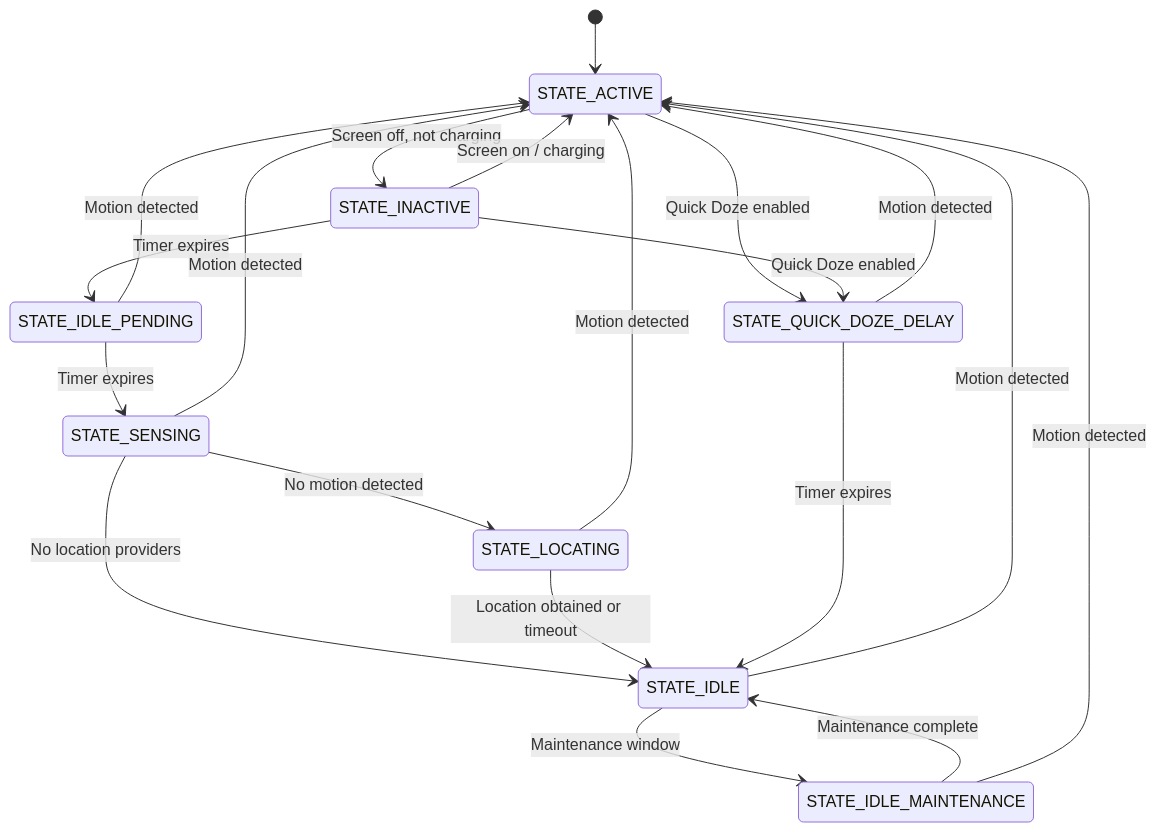
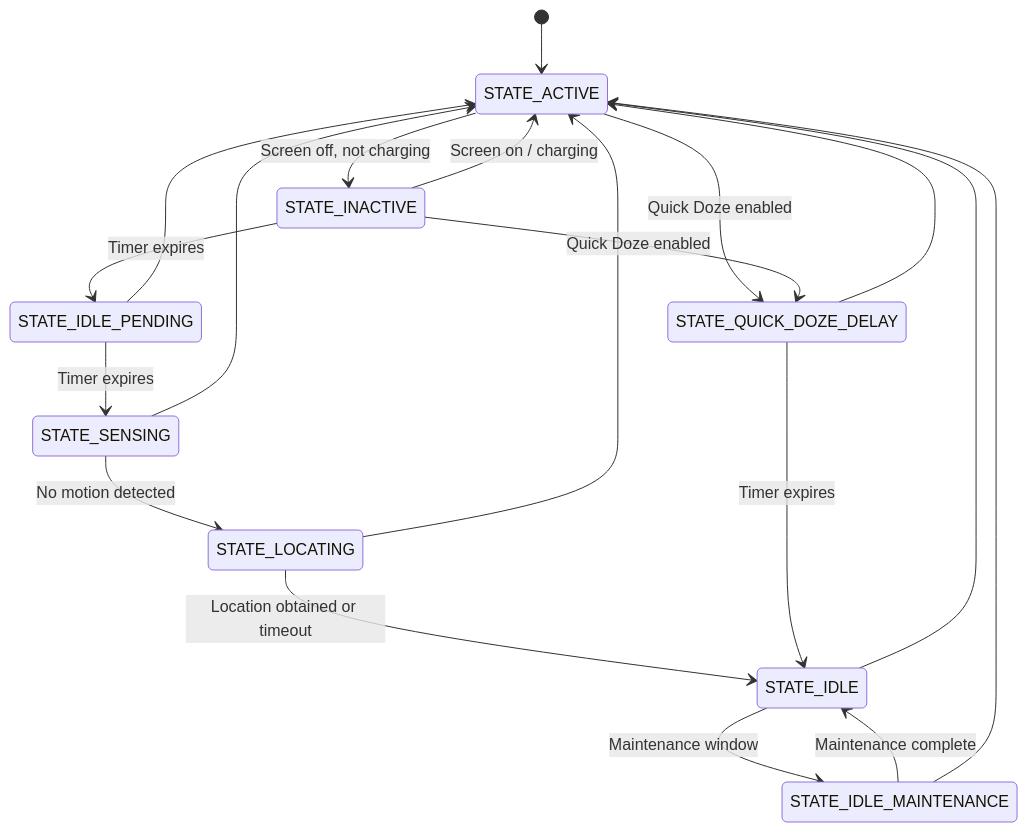
One commit to aospbooks/aosp-internal-book changed the eighth of 28 diagrams in agents/claude/skills/aosp-framework-services/29-power-management.md. Above: the diagram before and after it, drawn with Mermaid. The commit also changed other lines of this file and 218 other files, not shown here.

````diff
--- a/agents/claude/skills/aosp-framework-services/29-power-management.md
+++ b/agents/claude/skills/aosp-framework-services/29-power-management.md
@@ -1214,29 +1235,28 @@
 ```mermaid
 stateDiagram-v2
     [*] --> STATE_ACTIVE
     STATE_ACTIVE --> STATE_INACTIVE : Screen off, not charging
     STATE_ACTIVE --> STATE_QUICK_DOZE_DELAY : Quick Doze enabled
 
     STATE_INACTIVE --> STATE_IDLE_PENDING : Timer expires
     STATE_INACTIVE --> STATE_ACTIVE : Screen on / charging
     STATE_INACTIVE --> STATE_QUICK_DOZE_DELAY : Quick Doze enabled
 
     STATE_IDLE_PENDING --> STATE_SENSING : Timer expires
-    STATE_IDLE_PENDING --> STATE_ACTIVE : Motion detected
+    STATE_IDLE_PENDING --> STATE_ACTIVE
 
     STATE_SENSING --> STATE_LOCATING : No motion detected
-    STATE_SENSING --> STATE_ACTIVE : Motion detected
-    STATE_SENSING --> STATE_IDLE : No location providers
+    STATE_SENSING --> STATE_ACTIVE
 
     STATE_LOCATING --> STATE_IDLE : Location obtained or timeout
-    STATE_LOCATING --> STATE_ACTIVE : Motion detected
+    STATE_LOCATING --> STATE_ACTIVE
 
     STATE_QUICK_DOZE_DELAY --> STATE_IDLE : Timer expires
-    STATE_QUICK_DOZE_DELAY --> STATE_ACTIVE : Motion detected
+    STATE_QUICK_DOZE_DELAY --> STATE_ACTIVE
 
     STATE_IDLE --> STATE_IDLE_MAINTENANCE : Maintenance window
-    STATE_IDLE --> STATE_ACTIVE : Motion detected
+    STATE_IDLE --> STATE_ACTIVE
 
     STATE_IDLE_MAINTENANCE --> STATE_IDLE : Maintenance complete
-    STATE_IDLE_MAINTENANCE --> STATE_ACTIVE : Motion detected
+    STATE_IDLE_MAINTENANCE --> STATE_ACTIVE
 ```
````
